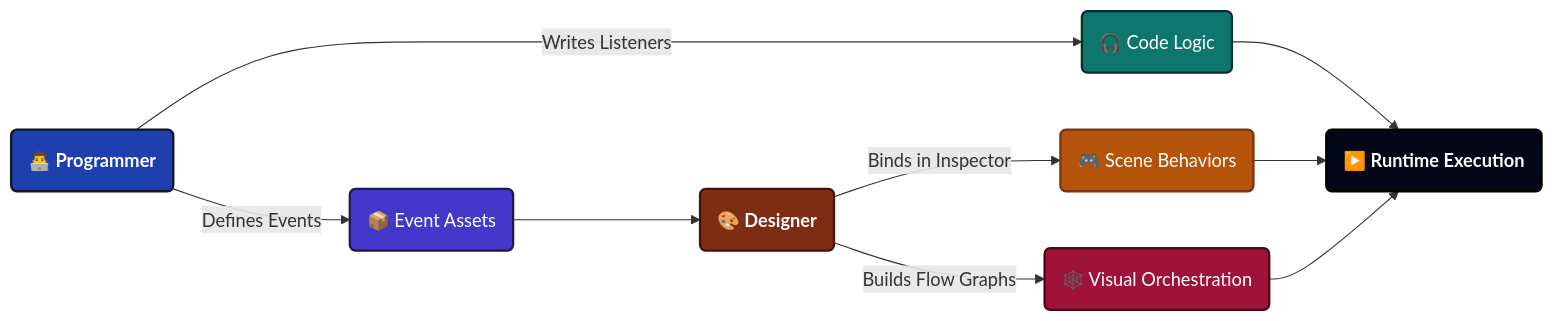
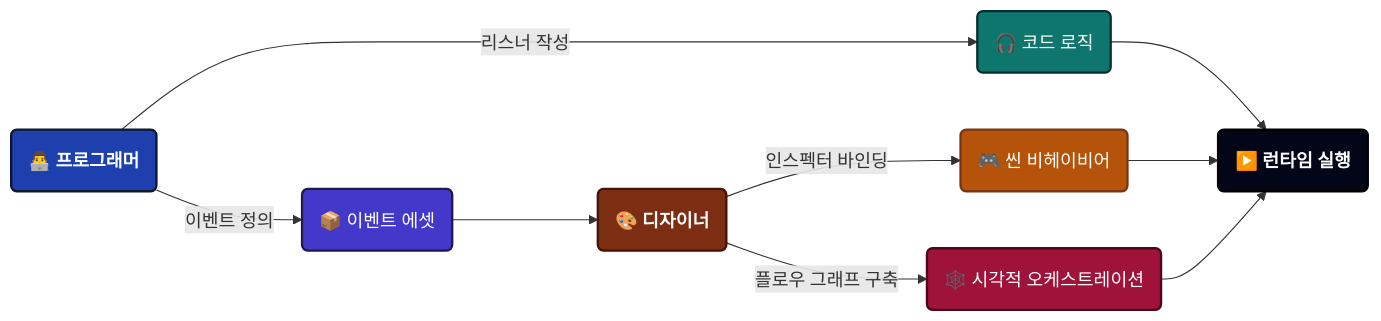
The diagram in i18n/ko/docusaurus-plugin-content-docs/current/game-event-system/intro/overview.md (tinygiants-tech/TinyGiants), drawn with Mermaid before and after one commit. The commit also changed other lines of this file and 81 other files, not shown here.

````diff
--- a/i18n/ko/docusaurus-plugin-content-docs/current/game-event-system/intro/overview.md
+++ b/i18n/ko/docusaurus-plugin-content-docs/current/game-event-system/intro/overview.md
@@ -58,32 +57,32 @@
 ```mermaid
 graph LR
 
     classDef programmer fill:#1e40af,stroke:#0f172a,stroke-width:2px,color:#ffffff,font-weight:bold
     classDef asset fill:#4338ca,stroke:#1e1b4b,stroke-width:2px,color:#ffffff
     classDef code fill:#0f766e,stroke:#042f2e,stroke-width:2px,color:#ffffff
     classDef designer fill:#7c2d12,stroke:#431407,stroke-width:2px,color:#ffffff,font-weight:bold
     classDef scene fill:#b45309,stroke:#78350f,stroke-width:2px,color:#ffffff
     classDef visual fill:#9f1239,stroke:#4c0519,stroke-width:2px,color:#ffffff
     classDef runtime fill:#020617,stroke:#000000,stroke-width:2px,color:#ffffff,font-weight:bold
 
-    A(👨‍💻 Programmer):::programmer
-    B(📦 Event Assets):::asset
-    C(🎧 Code Logic):::code
+    A(👨‍💻 프로그래머):::programmer
+    B(📦 이벤트 에셋):::asset
+    C(🎧 코드 로직):::code
 
-    D(🎨 Designer):::designer
-    E(🎮 Scene Behaviors):::scene
-    F(🕸️ Visual Orchestration):::visual
+    D(🎨 디자이너):::designer
+    E(🎮 씬 비헤이비어):::scene
+    F(🕸️ 시각적 오케스트레이션):::visual
 
-    G(▶️ Runtime Execution):::runtime
+    G(▶️ 런타임 실행):::runtime
 
-    A -->|Defines Events| B
-    A -->|Writes Listeners| C
+    A -->|이벤트 정의| B
+    A -->|리스너 작성| C
 
     B --> D
-    D -->|Binds in Inspector| E
-    D -->|Builds Flow Graphs| F
+    D -->|인스펙터 바인딩| E
+    D -->|플로우 그래프 구축| F
 
     C --> G
     E --> G
     F --> G
 ```
````
